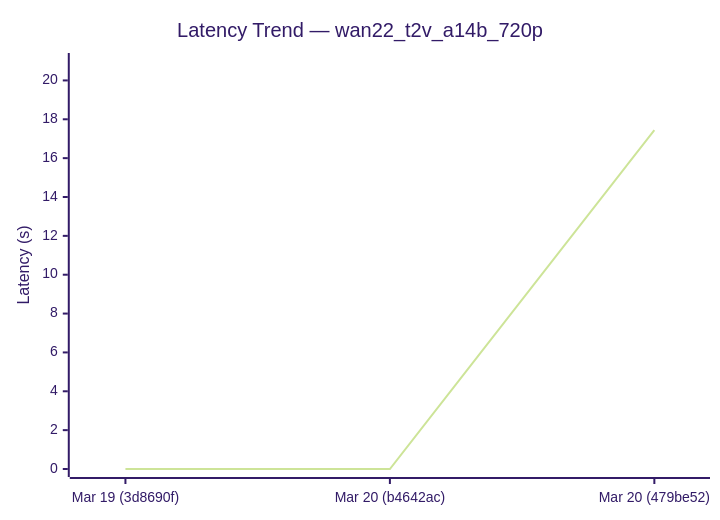
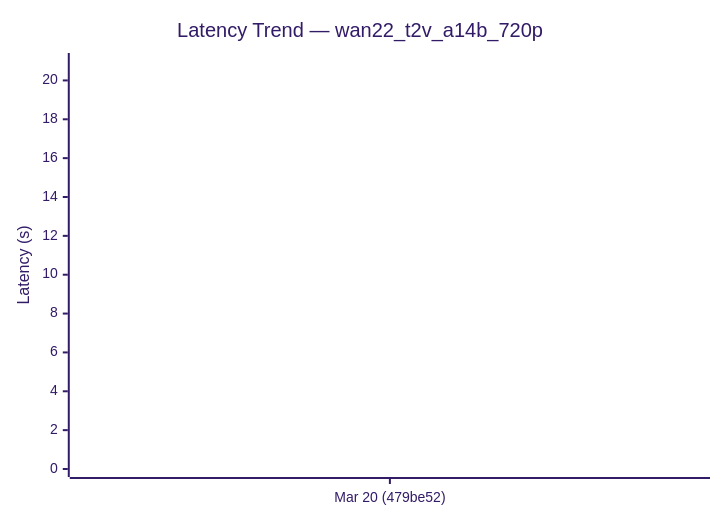
Before and after one commit to sglang-bot/sglang-ci-data: the fifth of 6 diagrams in diffusion-comparisons/dashboard.md, drawn with Mermaid (forest theme). The commit also changed other lines of this file and 1 other file, not shown here.

````diff
--- a/diffusion-comparisons/dashboard.md
+++ b/diffusion-comparisons/dashboard.md
@@ -94,7 +82,7 @@
 ```mermaid
 xychart-beta
   title "Latency Trend — wan22_t2v_a14b_720p"
-  x-axis ["Mar 19 (3d8690f)", "Mar 20 (b4642ac)", "Mar 20 (479be52)"]
+  x-axis ["Mar 20 (479be52)"]
   y-axis "Latency (s)" 0 --> 21
-  line [0.00, 0.00, 17.44]
+  line [17.44]
 ```
````
